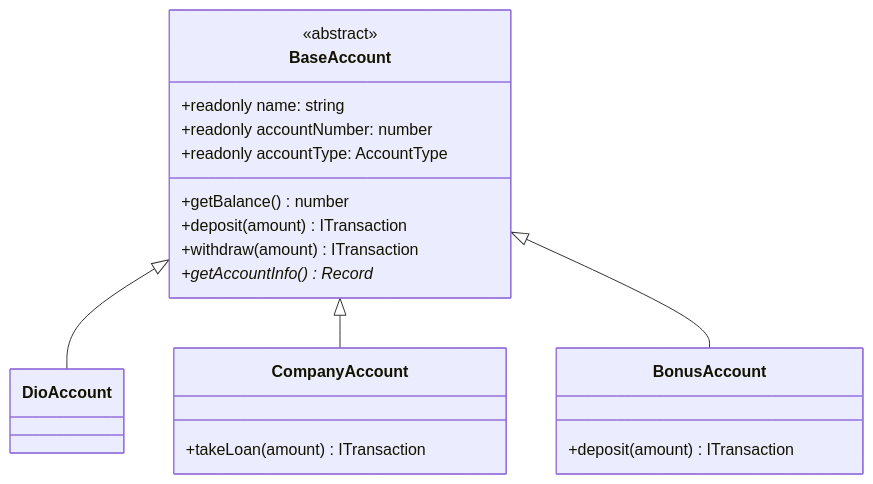
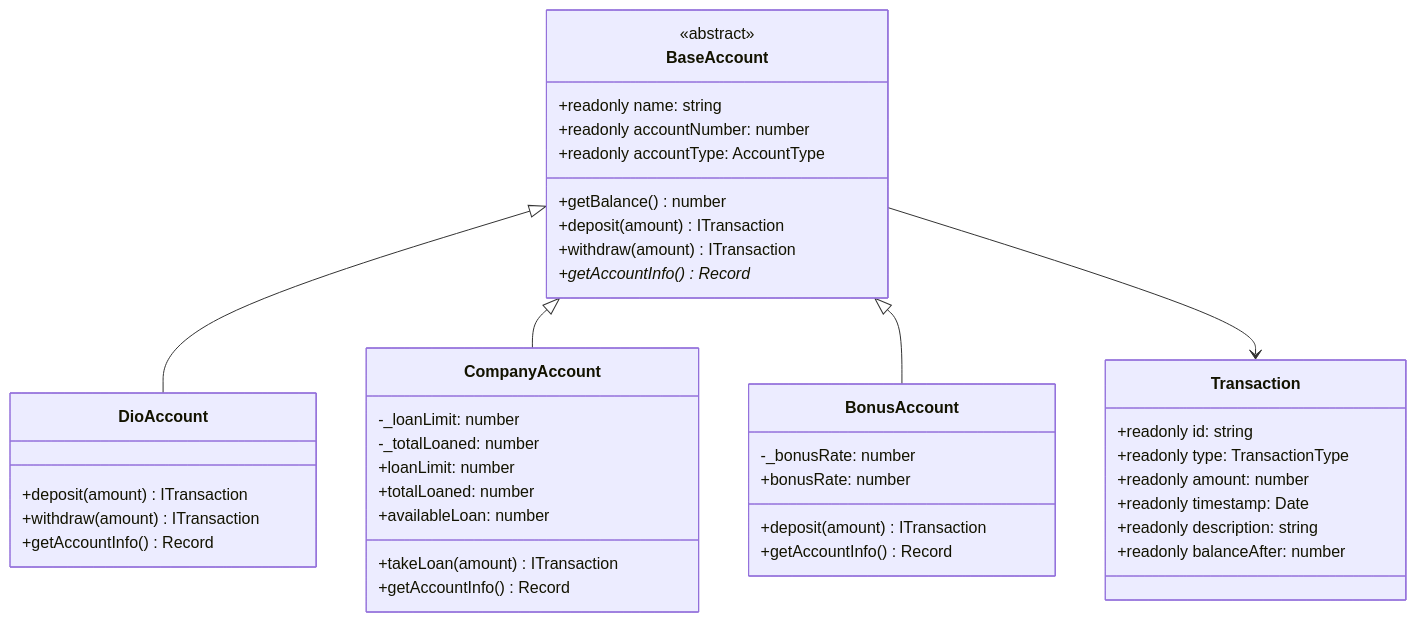
Before and after one commit to matheusflorindo32/dio-bank-pro: the second of 2 diagrams in README.md, drawn with Mermaid. The commit also changed other lines of this file and 1 other file, not shown here.

````diff
--- a/README.md
+++ b/README.md
@@ -205,25 +431,50 @@
 ```mermaid
 classDiagram
     class BaseAccount {
         <<abstract>>
         +readonly name: string
         +readonly accountNumber: number
         +readonly accountType: AccountType
         +getBalance() number
         +deposit(amount) ITransaction
         +withdraw(amount) ITransaction
         +getAccountInfo()* Record
     }
     
-    class DioAccount
+    class DioAccount {
+        +deposit(amount) ITransaction
+        +withdraw(amount) ITransaction
+        +getAccountInfo() Record
+    }
+    
     class CompanyAccount {
+        -_loanLimit: number
+        -_totalLoaned: number
+        +loanLimit: number
+        +totalLoaned: number
+        +availableLoan: number
         +takeLoan(amount) ITransaction
+        +getAccountInfo() Record
     }
+    
     class BonusAccount {
+        -_bonusRate: number
+        +bonusRate: number
         +deposit(amount) ITransaction
+        +getAccountInfo() Record
+    }
+    
+    class Transaction {
+        +readonly id: string
+        +readonly type: TransactionType
+        +readonly amount: number
+        +readonly timestamp: Date
+        +readonly description: string
+        +readonly balanceAfter: number
     }
     
     BaseAccount <|-- DioAccount
     BaseAccount <|-- CompanyAccount
     BaseAccount <|-- BonusAccount
+    BaseAccount --> Transaction
 ```
````
